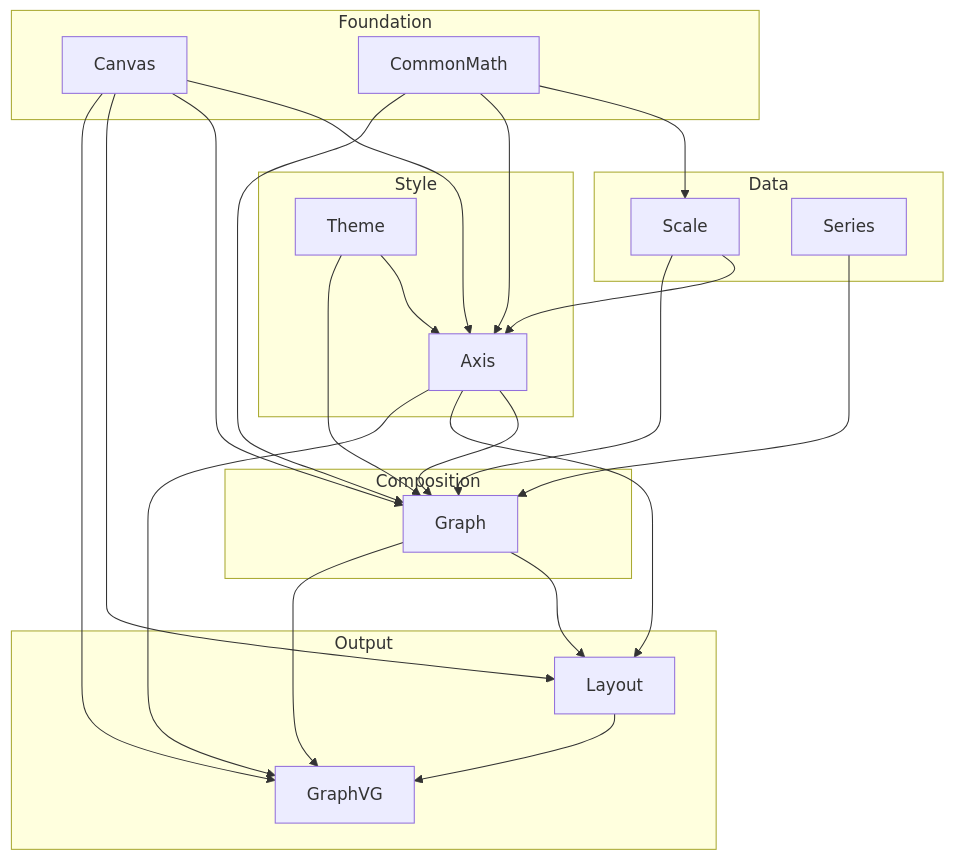
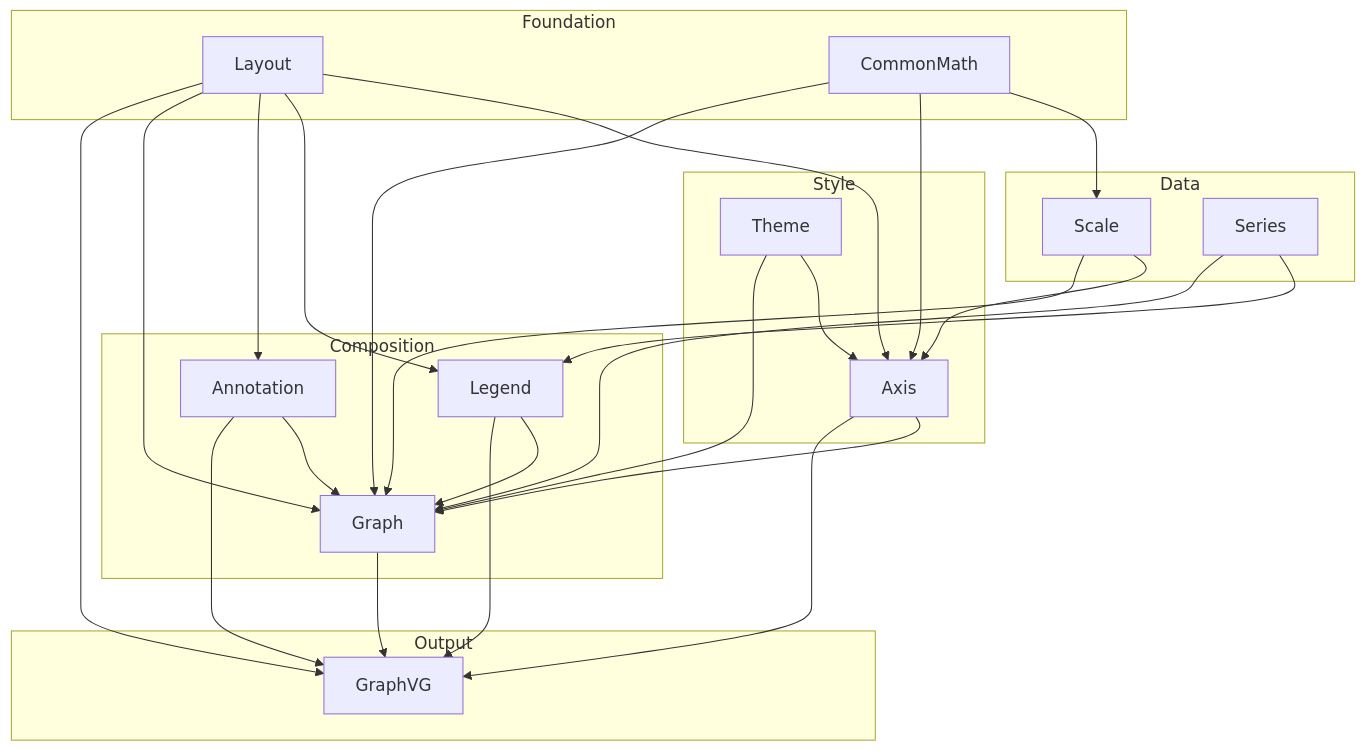
The diagram in DESIGN.md (ChrisNikkel/GraphVG), drawn with Mermaid before and after one commit. The commit also changed other lines of this file and 12 other files, not shown here.

Commit message:
Refactor graph structure: replace Canvas module with CommonMath, add Legend and Annotation modules, and update related components for improved organization and functionality

````diff
--- a/DESIGN.md
+++ b/DESIGN.md
@@ -9,45 +9,49 @@
 ```mermaid
 flowchart TD
     subgraph "Foundation"
-        CV[Canvas]
+        LY[Layout]
         CM[CommonMath]
     end
 
     subgraph "Data"
         SC[Scale]
         SR[Series]
     end
 
     subgraph "Style"
         TH[Theme]
         AX[Axis]
     end
 
     subgraph "Composition"
+        LG[Legend]
+        AN[Annotation]
         GR[Graph]
     end
 
     subgraph "Output"
-        LY[Layout]
         GVG[GraphVG]
     end
 
-    CV --> AX
-    CV --> GR
-    CV --> LY
-    CV --> GVG
+    LY --> AX
+    LY --> LG
+    LY --> AN
+    LY --> GR
+    LY --> GVG
     CM --> SC
     CM --> AX
     CM --> GR
     SC --> AX
     SC --> GR
+    SR --> LG
     SR --> GR
     TH --> AX
     TH --> GR
     AX --> GR
-    AX --> LY
-    GR --> LY
-    LY --> GVG
+    LG --> GR
+    AN --> GR
     AX --> GVG
+    LG --> GVG
+    AN --> GVG
     GR --> GVG
 ```
````
